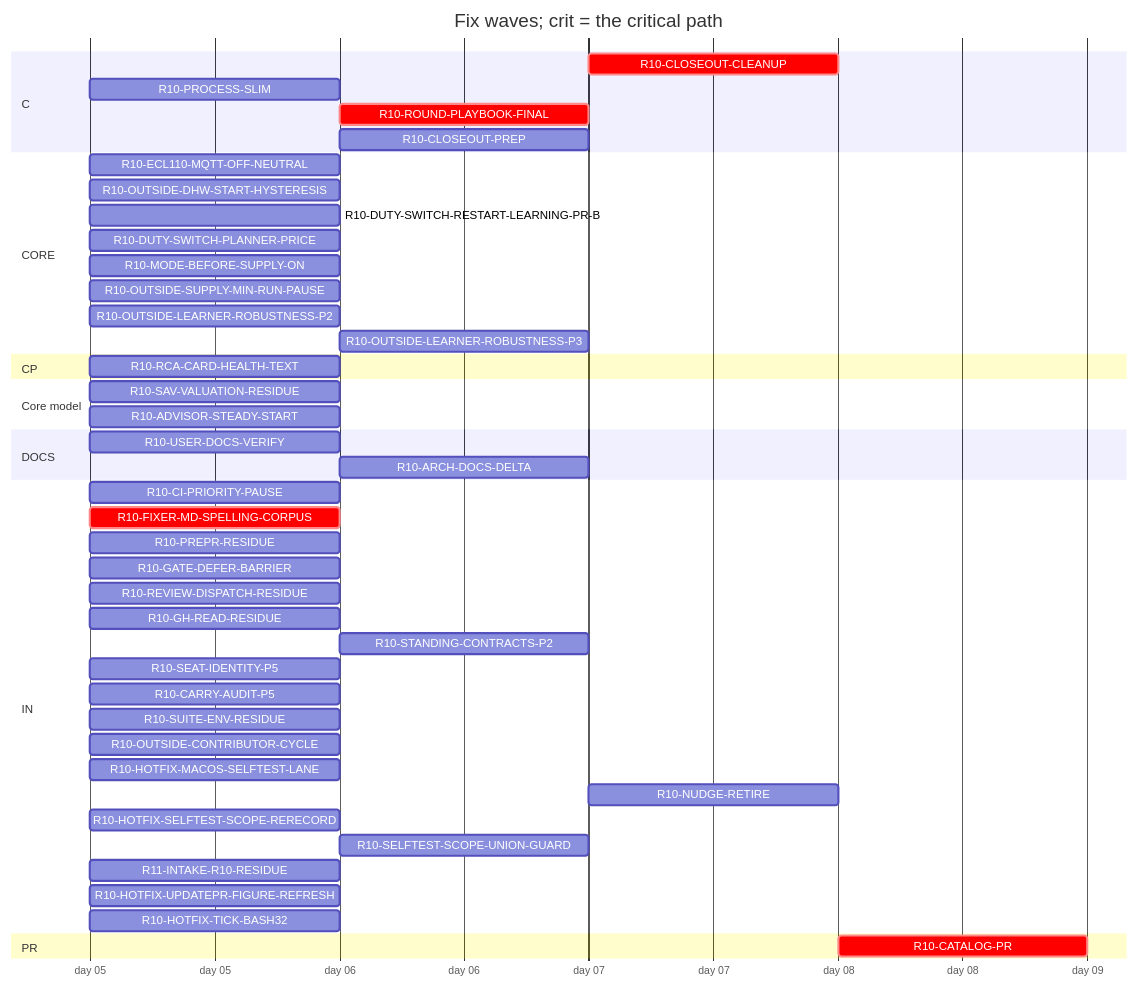
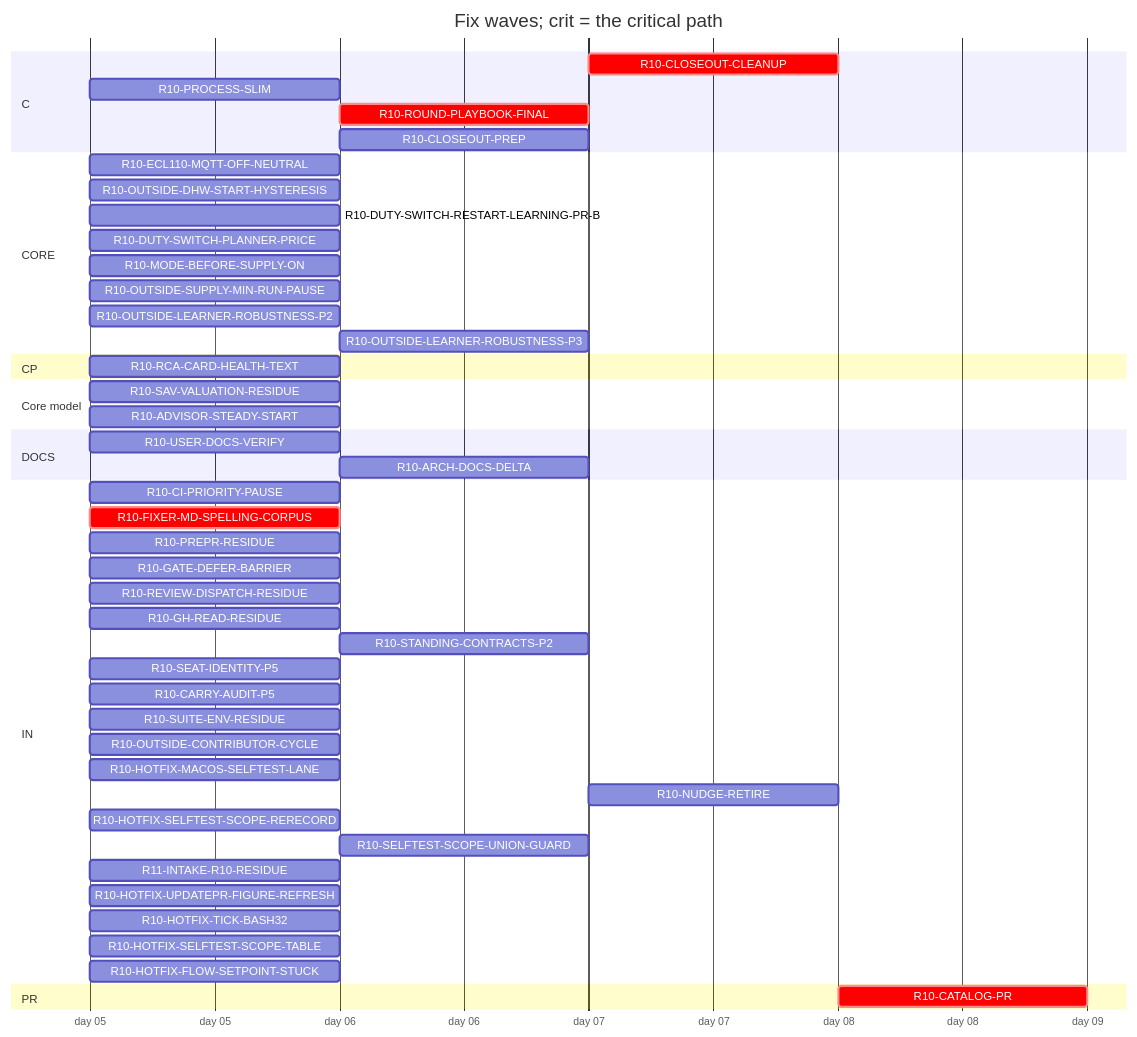
Before and after one commit to tvofi/heatpump_optimizer: the diagram in handoff/round10/state/PLAN-TABLE.md, drawn with Mermaid. The commit also changed other lines of this file and 4 other files, not shown here.

Commit message:
state: FLOW-BOARD.md, NEXT-SESSION-PROMPT.md, PLAN-TABLE.md, PLAN.html, RESUME-CURRENT.md regenerated (state_docs.py)

````diff
--- a/handoff/round10/state/PLAN-TABLE.md
+++ b/handoff/round10/state/PLAN-TABLE.md
@@ -20,49 +20,51 @@
 ```mermaid
 gantt
   title Fix waves; crit = the critical path
   dateFormat YYYY-MM-DD
   axisFormat day %d
   section C
     R10-CLOSEOUT-CLEANUP :crit, r10CLOSEOUTCLEANUP, after r10USERDOCSVERIFY r10ROUNDPLAYBOOKFINAL r10CLOSEOUTPREP r10ARCHDOCSDELTA, 1d
     R10-PROCESS-SLIM :r10PROCESSSLIM, 2026-01-05, 1d
     R10-ROUND-PLAYBOOK-FINAL :crit, r10ROUNDPLAYBOOKFINAL, after r10FIXERMDSPELLINGCORPUS, 1d
     R10-CLOSEOUT-PREP :r10CLOSEOUTPREP, after r10FIXERMDSPELLINGCORPUS, 1d
   section CORE
     R10-ECL110-MQTT-OFF-NEUTRAL :r10ECL110MQTTOFFNEUTRAL, 2026-01-05, 1d
     R10-OUTSIDE-DHW-START-HYSTERESIS :r10OUTSIDEDHWSTARTHYSTERESIS, 2026-01-05, 1d
     R10-DUTY-SWITCH-RESTART-LEARNING-PR-B :r10DUTYSWITCHRESTARTLEARNINGPRB, 2026-01-05, 1d
     R10-DUTY-SWITCH-PLANNER-PRICE :r10DUTYSWITCHPLANNERPRICE, 2026-01-05, 1d
     R10-MODE-BEFORE-SUPPLY-ON :r10MODEBEFORESUPPLYON, 2026-01-05, 1d
     R10-OUTSIDE-SUPPLY-MIN-RUN-PAUSE :r10OUTSIDESUPPLYMINRUNPAUSE, 2026-01-05, 1d
     R10-OUTSIDE-LEARNER-ROBUSTNESS-P2 :r10OUTSIDELEARNERROBUSTNESSP2, 2026-01-05, 1d
     R10-OUTSIDE-LEARNER-ROBUSTNESS-P3 :r10OUTSIDELEARNERROBUSTNESSP3, after r10OUTSIDELEARNERROBUSTNESSP2, 1d
   section CP
     R10-RCA-CARD-HEALTH-TEXT :r10RCACARDHEALTHTEXT, 2026-01-05, 1d
   section Core model
     R10-SAV-VALUATION-RESIDUE :r10SAVVALUATIONRESIDUE, 2026-01-05, 1d
     R10-ADVISOR-STEADY-START :r10ADVISORSTEADYSTART, 2026-01-05, 1d
   section DOCS
     R10-USER-DOCS-VERIFY :r10USERDOCSVERIFY, 2026-01-05, 1d
     R10-ARCH-DOCS-DELTA :r10ARCHDOCSDELTA, after r10SAVVALUATIONRESIDUE r10ADVISORSTEADYSTART r10PROCESSSLIM, 1d
   section IN
     R10-CI-PRIORITY-PAUSE :r10CIPRIORITYPAUSE, 2026-01-05, 1d
     R10-FIXER-MD-SPELLING-CORPUS :crit, r10FIXERMDSPELLINGCORPUS, 2026-01-05, 1d
     R10-PREPR-RESIDUE :r10PREPRRESIDUE, 2026-01-05, 1d
     R10-GATE-DEFER-BARRIER :r10GATEDEFERBARRIER, 2026-01-05, 1d
     R10-REVIEW-DISPATCH-RESIDUE :r10REVIEWDISPATCHRESIDUE, 2026-01-05, 1d
     R10-GH-READ-RESIDUE :r10GHREADRESIDUE, 2026-01-05, 1d
     R10-STANDING-CONTRACTS-P2 :r10STANDINGCONTRACTSP2, after r10FIXERMDSPELLINGCORPUS, 1d
     R10-SEAT-IDENTITY-P5 :r10SEATIDENTITYP5, 2026-01-05, 1d
     R10-CARRY-AUDIT-P5 :r10CARRYAUDITP5, 2026-01-05, 1d
     R10-SUITE-ENV-RESIDUE :r10SUITEENVRESIDUE, 2026-01-05, 1d
     R10-OUTSIDE-CONTRIBUTOR-CYCLE :r10OUTSIDECONTRIBUTORCYCLE, 2026-01-05, 1d
     R10-HOTFIX-MACOS-SELFTEST-LANE :r10HOTFIXMACOSSELFTESTLANE, 2026-01-05, 1d
     R10-NUDGE-RETIRE :r10NUDGERETIRE, after r10ROUNDPLAYBOOKFINAL, 1d
     R10-HOTFIX-SELFTEST-SCOPE-RERECORD :r10HOTFIXSELFTESTSCOPERERECORD, 2026-01-05, 1d
     R10-SELFTEST-SCOPE-UNION-GUARD :r10SELFTESTSCOPEUNIONGUARD, after r10HOTFIXSELFTESTSCOPERERECORD, 1d
     R11-INTAKE-R10-RESIDUE :r11INTAKER10RESIDUE, 2026-01-05, 1d
     R10-HOTFIX-UPDATEPR-FIGURE-REFRESH :r10HOTFIXUPDATEPRFIGUREREFRESH, 2026-01-05, 1d
     R10-HOTFIX-TICK-BASH32 :r10HOTFIXTICKBASH32, 2026-01-05, 1d
+    R10-HOTFIX-SELFTEST-SCOPE-TABLE :r10HOTFIXSELFTESTSCOPETABLE, 2026-01-05, 1d
+    R10-HOTFIX-FLOW-SETPOINT-STUCK :r10HOTFIXFLOWSETPOINTSTUCK, 2026-01-05, 1d
   section PR
     R10-CATALOG-PR :crit, r10CATALOGPR, after r10USERDOCSVERIFY r10ROUNDPLAYBOOKFINAL r10CLOSEOUTCLEANUP r10CLOSEOUTPREP r10ARCHDOCSDELTA, 1d
 ```
````
